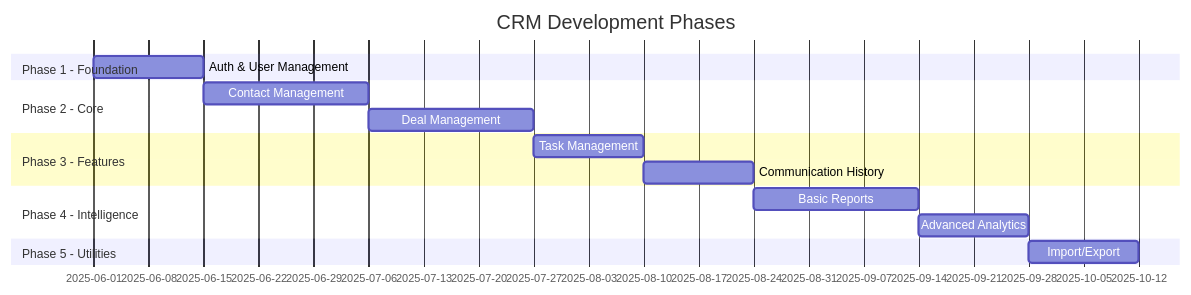
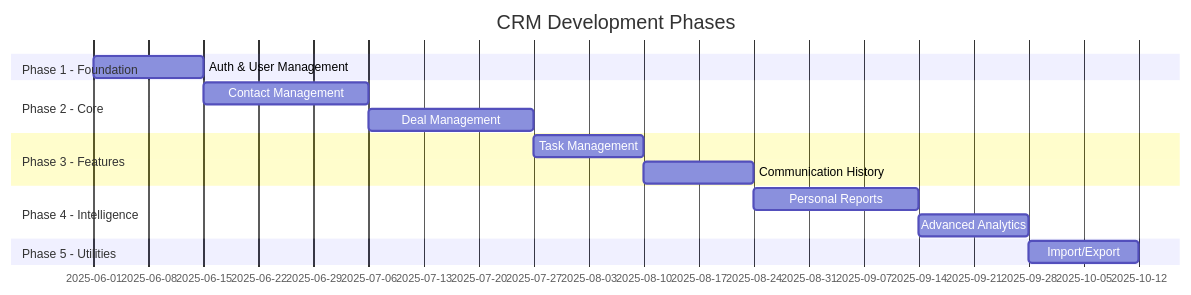
The diagram in cursor/.rules/execution_plan.mdc (jairao9817/crm-with-ai), drawn with Mermaid before and after one commit. The commit also changed other lines of this file and 17 other files, not shown here.

````diff
--- a/cursor/.rules/execution_plan.mdc
+++ b/cursor/.rules/execution_plan.mdc
@@ -157,18 +175,18 @@
 ```mermaid
 gantt
     title CRM Development Phases
     dateFormat YYYY-MM-DD
     section Phase 1 - Foundation
     Auth & User Management    :2025-06-01, 14d
     section Phase 2 - Core
     Contact Management       :2025-06-15, 21d
     Deal Management         :2025-07-06, 21d
     section Phase 3 - Features
     Task Management         :2025-07-27, 14d
     Communication History   :2025-08-10, 14d
     section Phase 4 - Intelligence
-    Basic Reports           :2025-08-24, 21d
+    Personal Reports        :2025-08-24, 21d
     Advanced Analytics      :2025-09-14, 14d
     section Phase 5 - Utilities
     Import/Export           :2025-09-28, 14d
 ```
````
